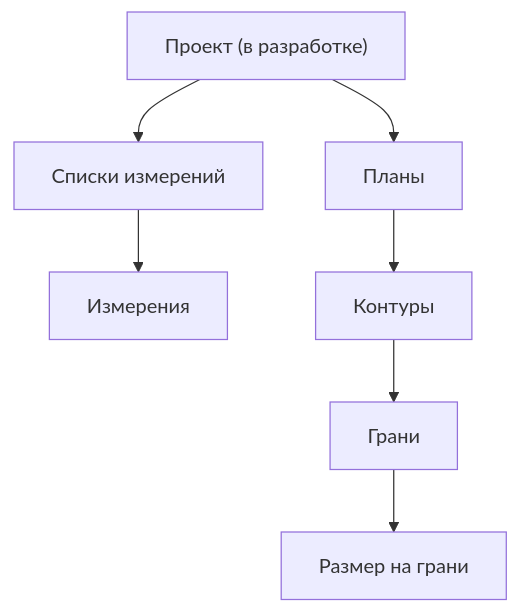
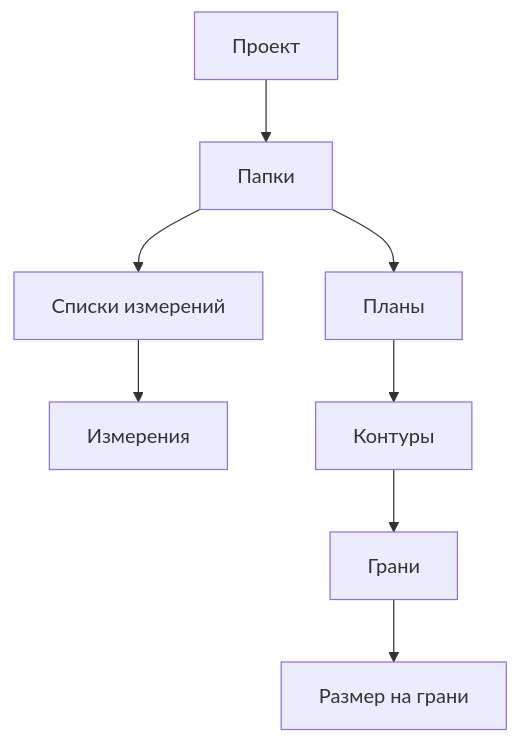
The diagram in docs/domain-model.md (const-neshumaev/plan-and-measure), drawn with Mermaid before and after one commit. The commit also changed other lines of this file and 30 other files, not shown here.

````diff
--- a/docs/domain-model.md
+++ b/docs/domain-model.md
@@ -14,9 +15,10 @@
 ```mermaid
 graph TD
-    Project["Проект (в разработке)"] --> Lists["Списки измерений"]
-    Project --> Plans["Планы"]
+    Project["Проект"] --> Folders["Папки"]
+    Folders --> Lists["Списки измерений"]
+    Folders --> Plans["Планы"]
     Lists --> Measurements["Измерения"]
     Plans --> Contours["Контуры"]
     Contours --> Edges["Грани"]
     Edges --> Dimensions["Размер на грани"]
 ```
````
